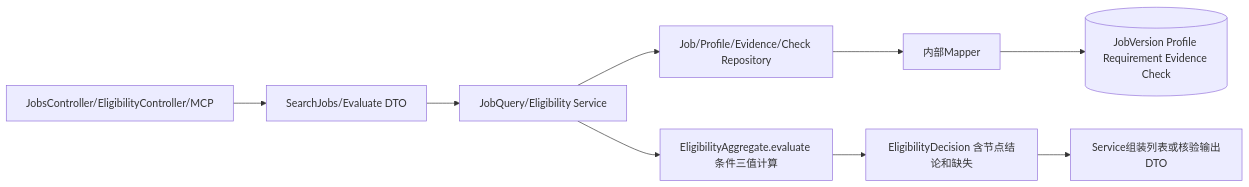
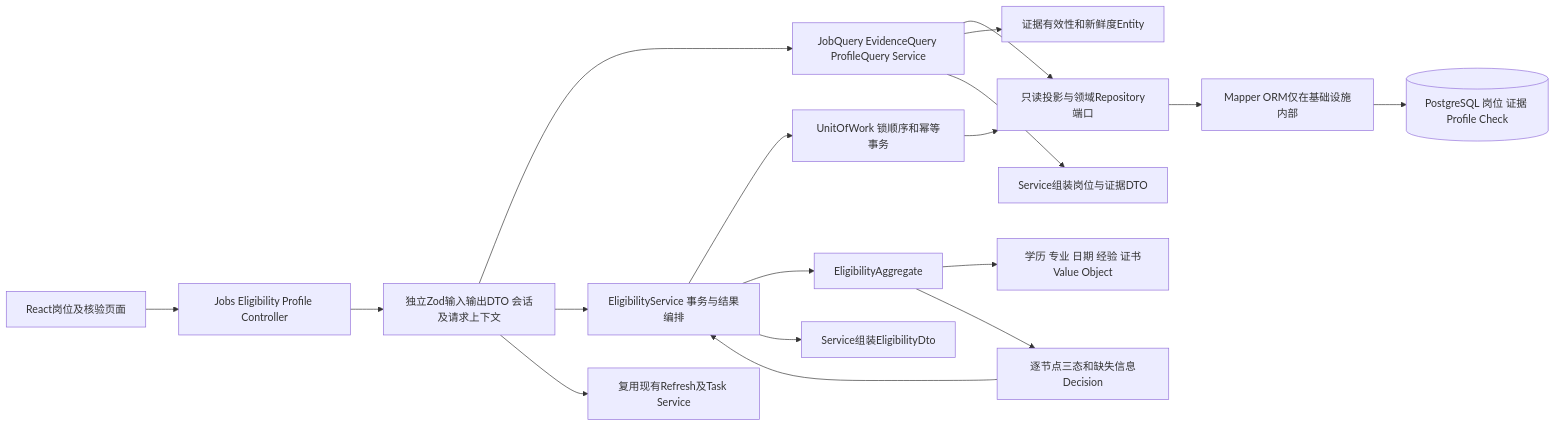
One commit to Zz1li-Wang/job-search changed the third of 3 diagrams in career-assistant/docs/design/jobs-eligibility.md. Above: the diagram before and after it, drawn with Mermaid. The commit also changed other lines of this file and 402 other files, not shown here.

````diff
--- a/career-assistant/docs/design/jobs-eligibility.md
+++ b/career-assistant/docs/design/jobs-eligibility.md
@@ -33,11 +159,20 @@
 ```mermaid
 flowchart LR
-    I[JobsController/EligibilityController/MCP] --> D[SearchJobs/Evaluate DTO]
-    D --> S[JobQuery/Eligibility Service]
-    S --> R[Job/Profile/Evidence/Check Repository]
-    R --> M[内部Mapper]
-    M --> DB[(JobVersion Profile Requirement Evidence Check)]
-    S --> E[EligibilityAggregate.evaluate 条件三值计算]
-    E --> DEC[EligibilityDecision 含节点结论和缺失]
-    DEC --> O[Service组装列表或核验输出DTO]
+    WEB[React岗位及核验页面] --> HTTP[Jobs Eligibility Profile Controller]
+    HTTP --> DTO[独立Zod输入输出DTO 会话及请求上下文]
+    DTO --> QUERY[JobQuery EvidenceQuery ProfileQuery Service]
+    DTO --> EVAL[EligibilityService 事务与结果编排]
+    QUERY --> REPO[只读投影与领域Repository端口]
+    EVAL --> UOW[UnitOfWork 锁顺序和幂等事务]
+    UOW --> REPO
+    REPO --> MAPPER[Mapper ORM仅在基础设施内部]
+    MAPPER --> DB[(PostgreSQL 岗位 证据 Profile Check)]
+    QUERY --> FRESH[证据有效性和新鲜度Entity]
+    EVAL --> AGG[EligibilityAggregate]
+    AGG --> LEAF[学历 专业 日期 经验 证书Value Object]
+    AGG --> DECISION[逐节点三态和缺失信息Decision]
+    DECISION --> EVAL
+    EVAL --> OUT[Service组装EligibilityDto]
+    QUERY --> OUT2[Service组装岗位与证据DTO]
+    DTO --> REFRESH[复用现有Refresh及Task Service]
 ```
````
